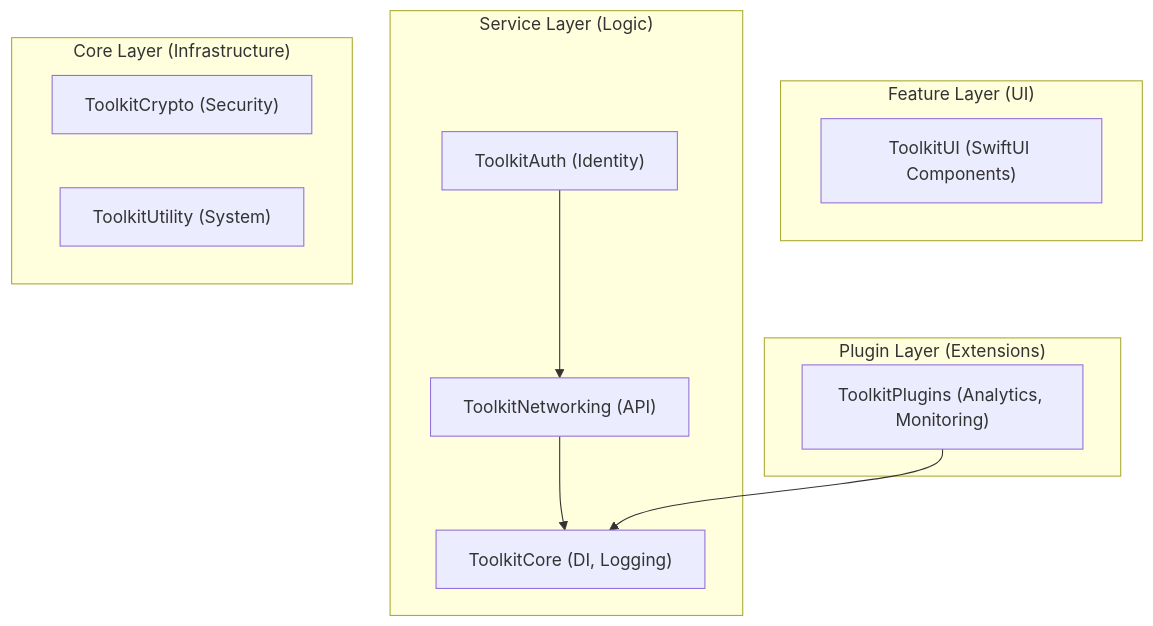
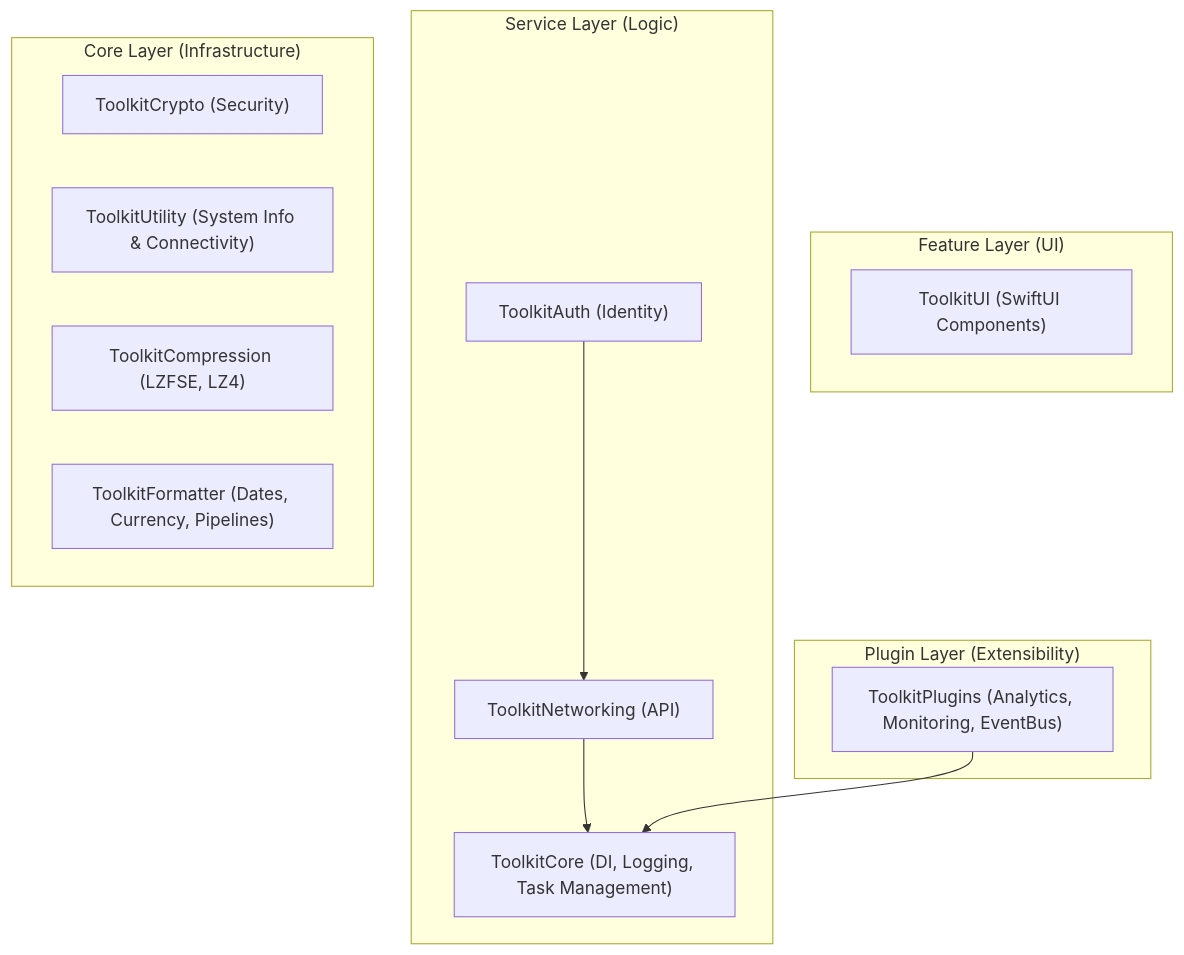
Before and after one commit to anupamthackar/ApplePlatformToolkit: the diagram in README.md, drawn with Mermaid. The commit also changed other lines of this file and 12 other files, not shown here.

Commit message:
docs: comprehensive SDK documentation overhaul and architectural refinement

````diff
--- a/README.md
+++ b/README.md
@@ -68,21 +20,23 @@
 ```mermaid
 graph TD
     subgraph FeatureLayer ["Feature Layer (UI)"]
         ToolkitUI["ToolkitUI (SwiftUI Components)"]
     end
 
     subgraph ServiceLayer ["Service Layer (Logic)"]
         ToolkitAuth["ToolkitAuth (Identity)"] --> ToolkitNetworking
         ToolkitNetworking["ToolkitNetworking (API)"] --> ToolkitCore
     end
 
     subgraph CoreLayer ["Core Layer (Infrastructure)"]
-        ToolkitCore["ToolkitCore (DI, Logging)"]
+        ToolkitCore["ToolkitCore (DI, Logging, Task Management)"]
         ToolkitCrypto["ToolkitCrypto (Security)"]
-        ToolkitUtility["ToolkitUtility (System)"]
+        ToolkitUtility["ToolkitUtility (System Info & Connectivity)"]
+        ToolkitCompression["ToolkitCompression (LZFSE, LZ4)"]
+        ToolkitFormatter["ToolkitFormatter (Dates, Currency, Pipelines)"]
     end
 
-    subgraph PluginLayer ["Plugin Layer (Extensions)"]
-        ToolkitPlugins["ToolkitPlugins (Analytics, Monitoring)"] --> ToolkitCore
+    subgraph PluginLayer ["Plugin Layer (Extensibility)"]
+        ToolkitPlugins["ToolkitPlugins (Analytics, Monitoring, EventBus)"] --> ToolkitCore
     end
 ```
````
